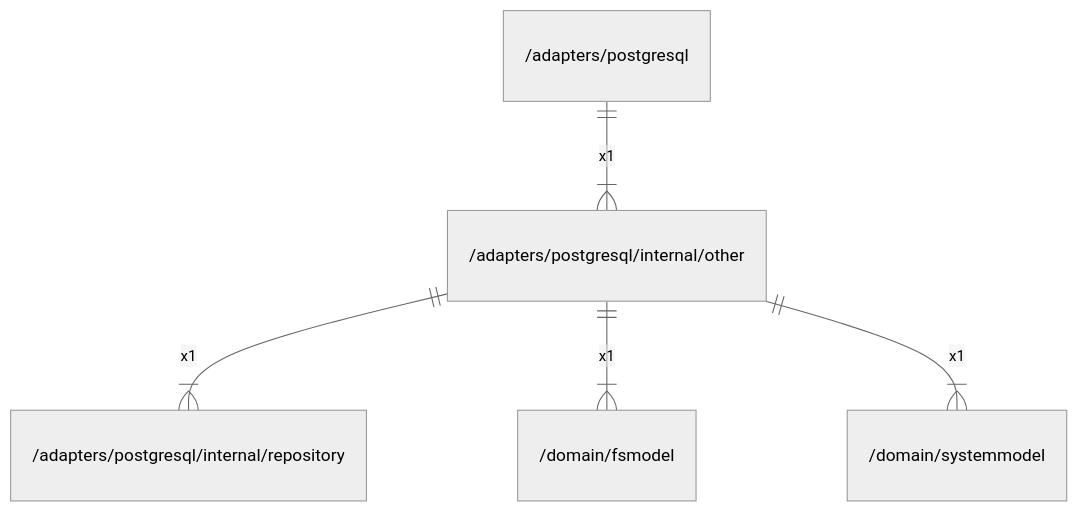
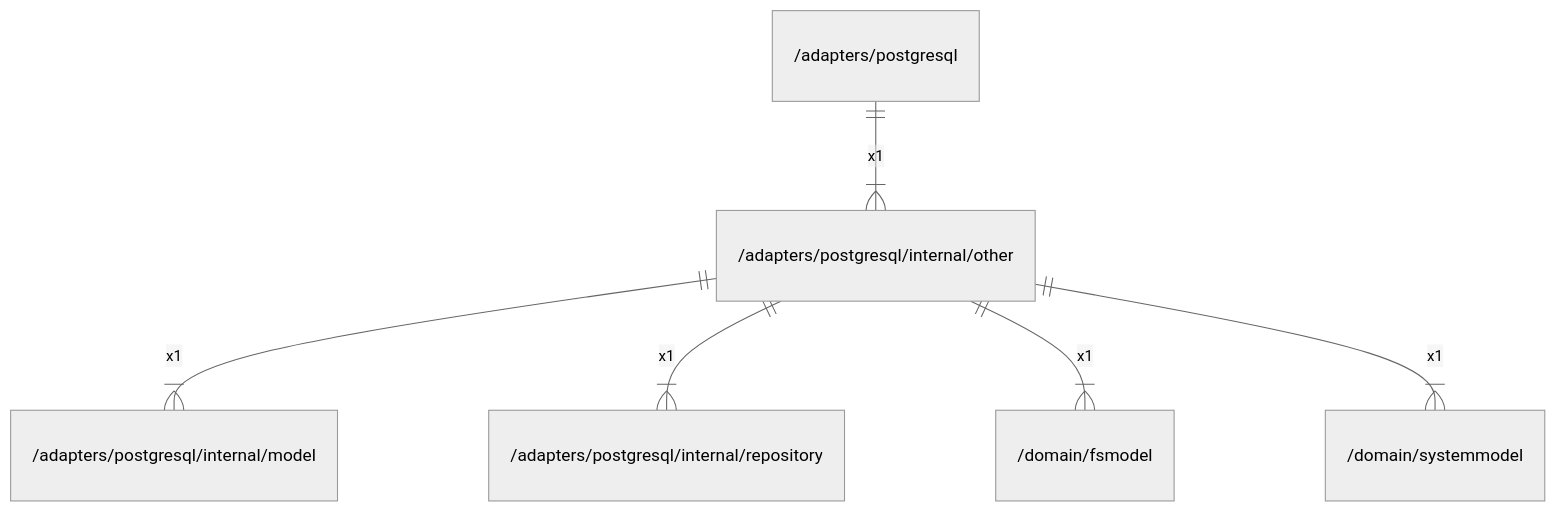
Before and after one commit to gbh007/hgraber-next: the diagram in docs/arch/adapters/postgresql/internal/other.md, drawn with Mermaid (neutral theme). The commit also changed other lines of this file and 98 other files, not shown here.

````diff
--- a/docs/arch/adapters/postgresql/internal/other.md
+++ b/docs/arch/adapters/postgresql/internal/other.md
@@ -24,7 +38,8 @@
 ```mermaid
 erDiagram
     "/adapters/postgresql" ||--|{ "/adapters/postgresql/internal/other" : x1
+    "/adapters/postgresql/internal/other" ||--|{ "/adapters/postgresql/internal/model" : x1
     "/adapters/postgresql/internal/other" ||--|{ "/adapters/postgresql/internal/repository" : x1
     "/adapters/postgresql/internal/other" ||--|{ "/domain/fsmodel" : x1
     "/adapters/postgresql/internal/other" ||--|{ "/domain/systemmodel" : x1
 ```
````
